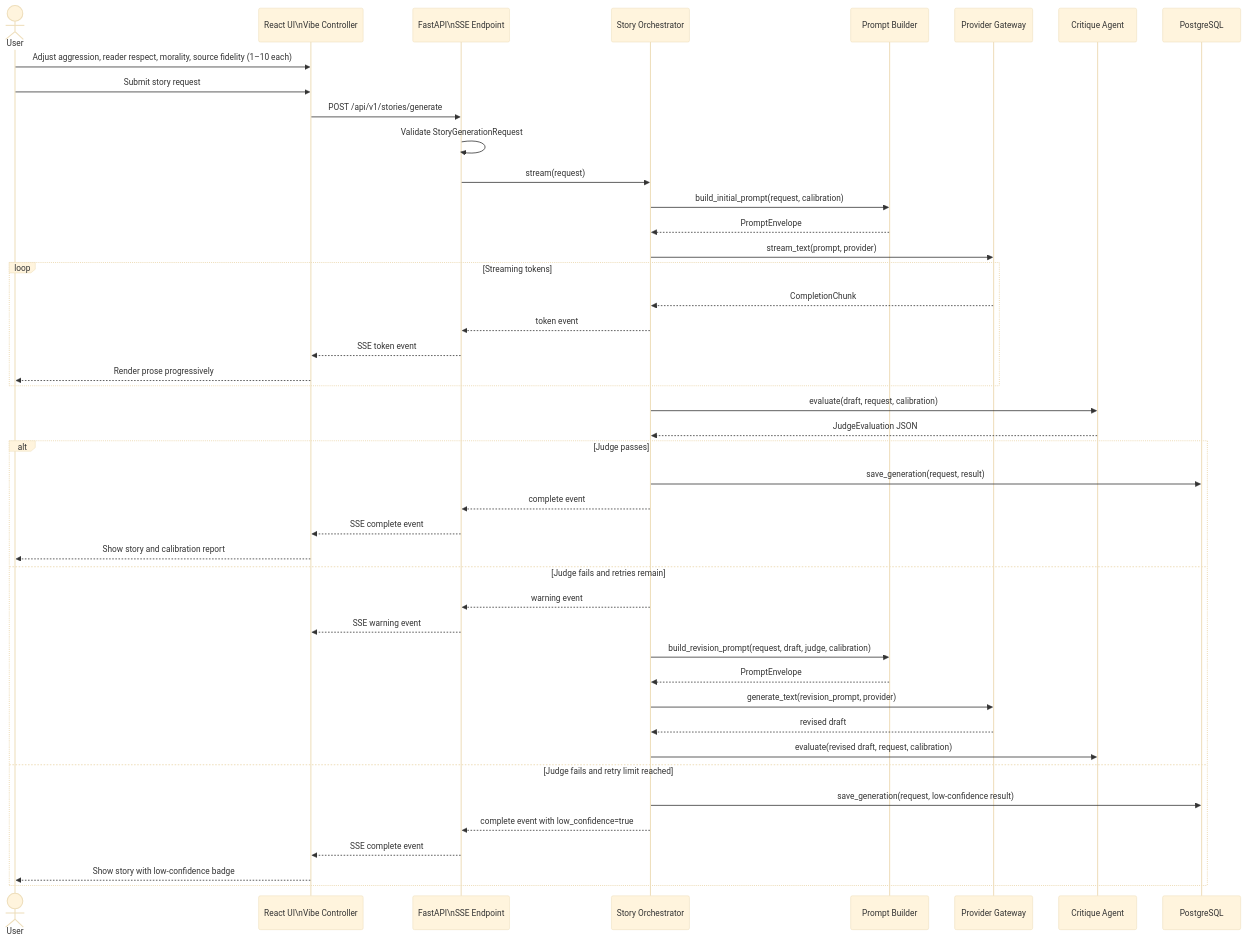
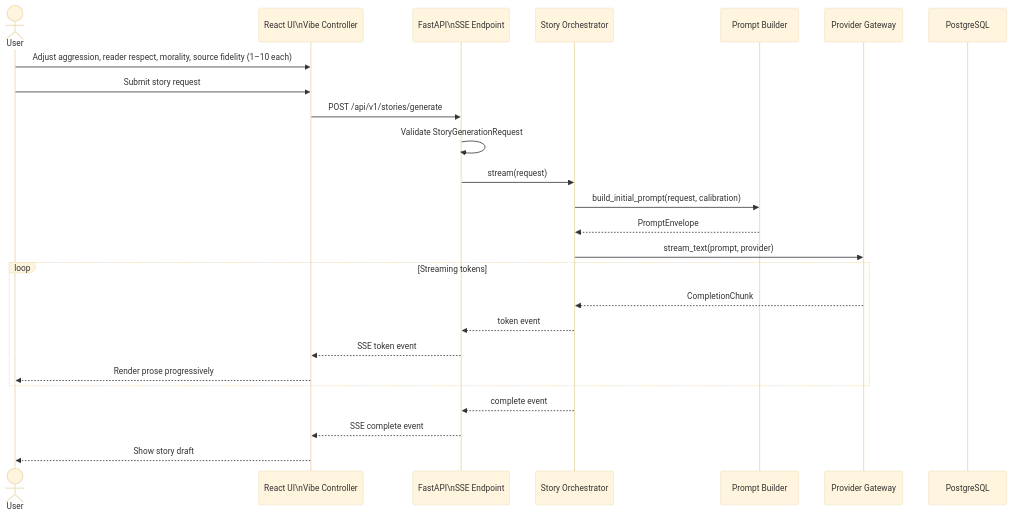
Before and after one commit to IUADE0W7/story-mixer: the diagram in docs/architecture/loreforge-architecture.md, drawn with Mermaid (base theme). The commit also changed other lines of this file and 20 other files, not shown here.

````diff
--- a/docs/architecture/loreforge-architecture.md
+++ b/docs/architecture/loreforge-architecture.md
@@ -84,50 +84,30 @@
 ```mermaid
 sequenceDiagram
     actor User
     participant UI as React UI\nVibe Controller
     participant API as FastAPI\nSSE Endpoint
     participant Orch as Story Orchestrator
     participant Prompt as Prompt Builder
     participant LLM as Provider Gateway
-    participant Judge as Critique Agent
     participant DB as PostgreSQL
 
     User->>UI: Adjust aggression, reader respect, morality, source fidelity (1–10 each)
     User->>UI: Submit story request
     UI->>API: POST /api/v1/stories/generate
     API->>API: Validate StoryGenerationRequest
     API->>Orch: stream(request)
     Orch->>Prompt: build_initial_prompt(request, calibration)
     Prompt-->>Orch: PromptEnvelope
     Orch->>LLM: stream_text(prompt, provider)
 
     loop Streaming tokens
         LLM-->>Orch: CompletionChunk
         Orch-->>API: token event
         API-->>UI: SSE token event
         UI-->>User: Render prose progressively
     end
 
-    Orch->>Judge: evaluate(draft, request, calibration)
-    Judge-->>Orch: JudgeEvaluation JSON
-
-    alt Judge passes
-        Orch->>DB: save_generation(request, result)
-        Orch-->>API: complete event
-        API-->>UI: SSE complete event
-        UI-->>User: Show story and calibration report
-    else Judge fails and retries remain
-        Orch-->>API: warning event
-        API-->>UI: SSE warning event
-        Orch->>Prompt: build_revision_prompt(request, draft, judge, calibration)
-        Prompt-->>Orch: PromptEnvelope
-        Orch->>LLM: generate_text(revision_prompt, provider)
-        LLM-->>Orch: revised draft
-        Orch->>Judge: evaluate(revised draft, request, calibration)
-    else Judge fails and retry limit reached
-        Orch->>DB: save_generation(request, low-confidence result)
-        Orch-->>API: complete event with low_confidence=true
-        API-->>UI: SSE complete event
-        UI-->>User: Show story with low-confidence badge
-    end
+    Orch-->>API: complete event
+    API-->>UI: SSE complete event
+    UI-->>User: Show story draft
 ```
````
